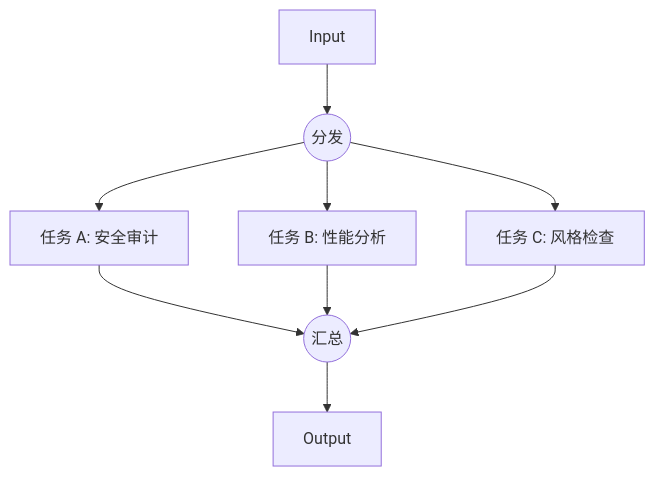
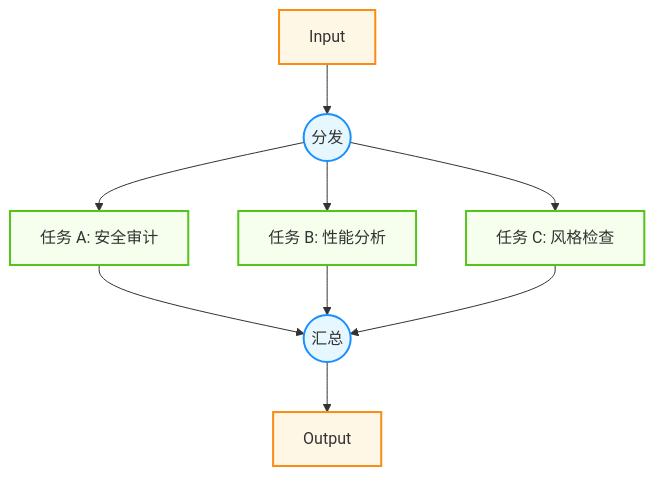
Before and after one commit to yeasy/agentic_ai_guide: the third of 6 diagrams in 09_agentops/9.1_design_patterns.md, drawn with Mermaid. The commit also changed other lines of this file and 36 other files, not shown here.

````diff
--- a/09_agentops/9.1_design_patterns.md
+++ b/09_agentops/9.1_design_patterns.md
@@ -70,11 +86,20 @@
 ```mermaid
 graph TD
+    %% Agentic Design System
+    classDef user fill:#fff7e6,stroke:#fa8c16,stroke-width:2px;
+    classDef agent fill:#e6f7ff,stroke:#1890ff,stroke-width:2px;
+    classDef tool fill:#f6ffed,stroke:#52c41a,stroke-width:2px;
+
     Input --> Split((分发))
     Split --> TaskA[任务 A: 安全审计]
     Split --> TaskB[任务 B: 性能分析]
     Split --> TaskC[任务 C: 风格检查]
     TaskA --> Aggregate((汇总))
     TaskB --> Aggregate
     TaskC --> Aggregate
     Aggregate --> Output
+    
+    class Input,Output user;
+    class Split,Aggregate agent;
+    class TaskA,TaskB,TaskC tool;
 ```
````
